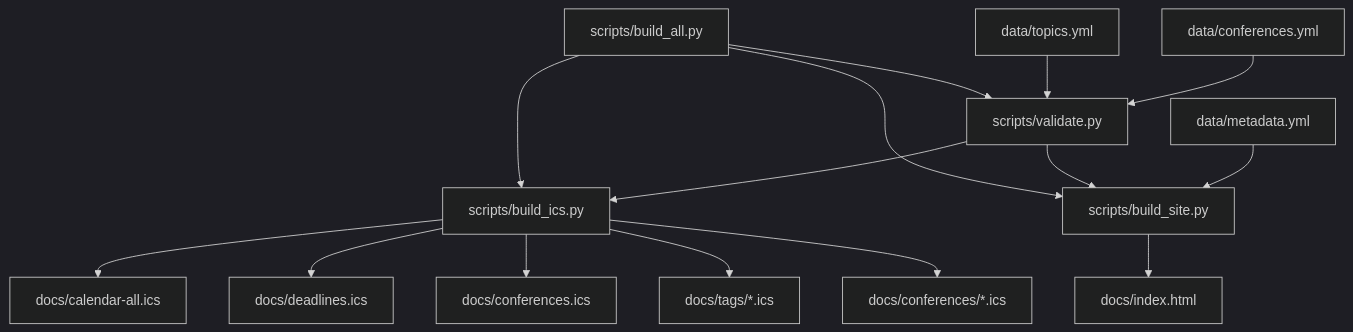
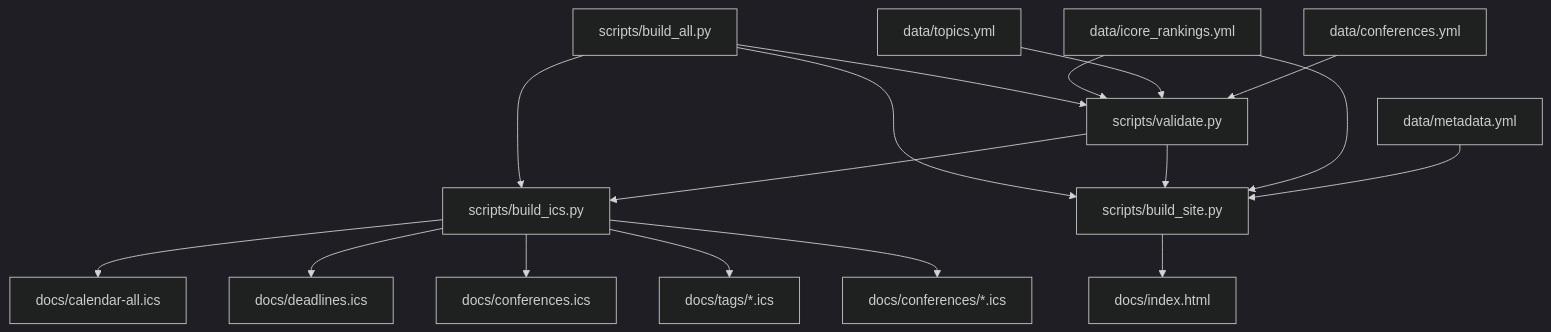
Before and after one commit to gon-uri/scientific-conference-calendar: the diagram in project_docs/architecture.md, drawn with Mermaid (dark theme). The commit also changed other lines of this file and 14 other files, not shown here.

Commit message:
Add ICORE 2026 rankings to both calendar tabs

````diff
--- a/project_docs/architecture.md
+++ b/project_docs/architecture.md
@@ -7,17 +7,19 @@
 ```mermaid
 flowchart TD
   A["data/conferences.yml"] --> V["scripts/validate.py"]
   B["data/topics.yml"] --> V
   C["data/metadata.yml"] --> S["scripts/build_site.py"]
+  R["data/icore_rankings.yml"] --> V
+  R --> S
   V --> I["scripts/build_ics.py"]
   V --> S
   I --> D1["docs/calendar-all.ics"]
   I --> D2["docs/deadlines.ics"]
   I --> D3["docs/conferences.ics"]
   I --> D4["docs/tags/*.ics"]
   I --> D5["docs/conferences/*.ics"]
   S --> H["docs/index.html"]
   BA["scripts/build_all.py"] --> V
   BA --> I
   BA --> S
 ```
````
